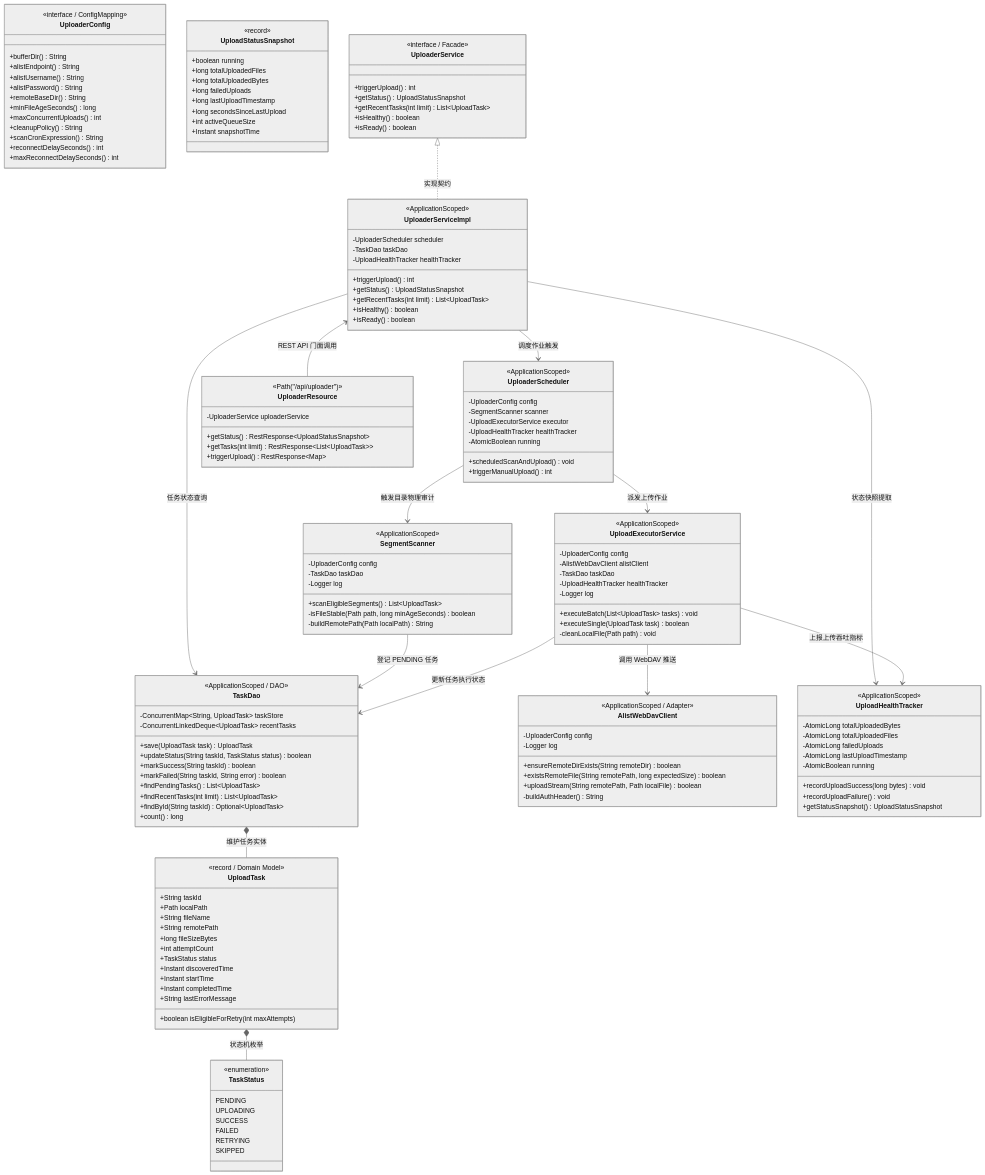
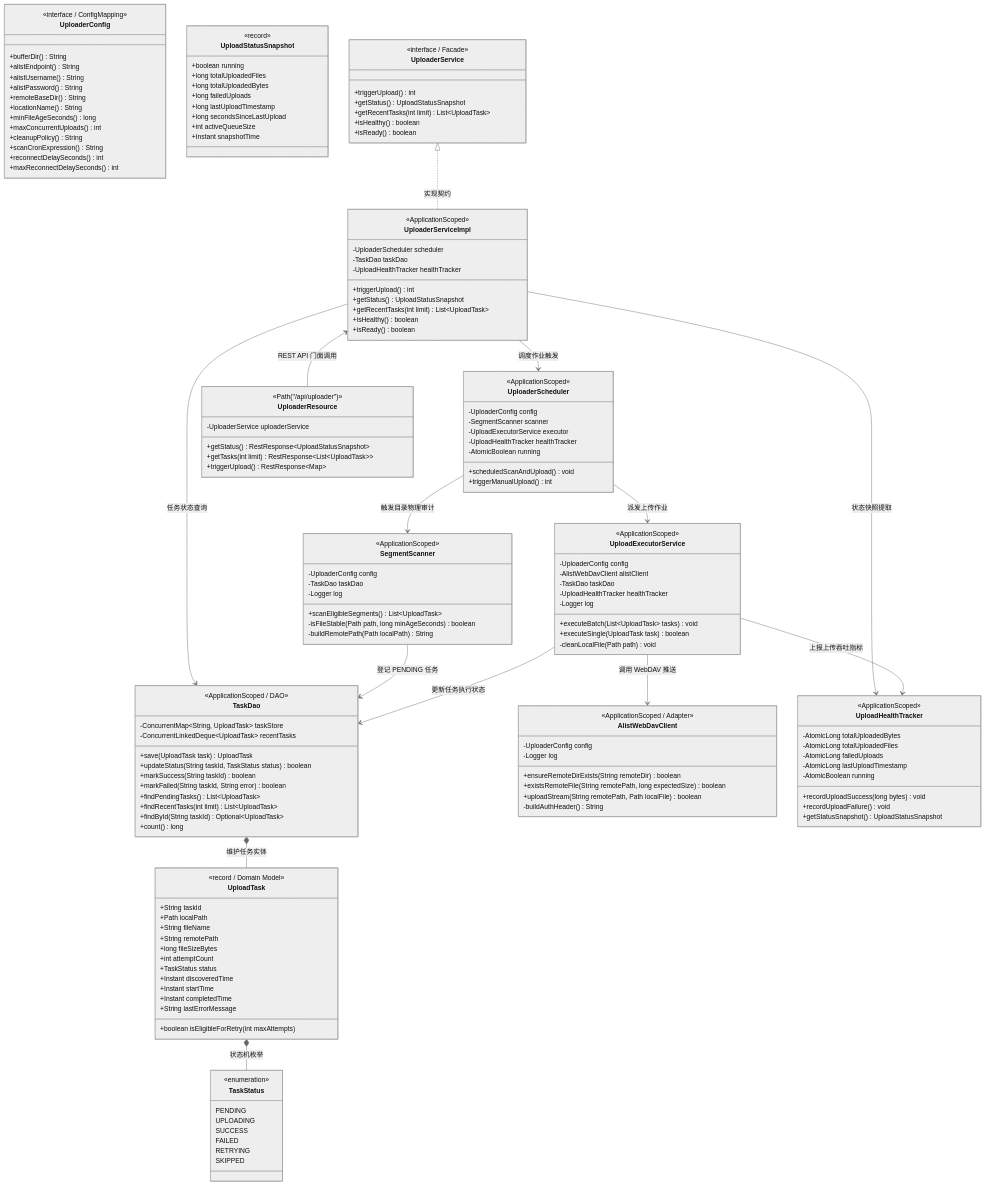
The first of 5 diagrams in docs/UPLOADER_CLASS_DESIGN.md (nvd11/cctv-collector), drawn with Mermaid (neutral theme) before and after one commit. The commit also changed other lines of this file, not shown here.

Commit message:
docs: add multi-camera location hierarchy support to cctv-uploader design

```diff
--- a/docs/UPLOADER_CLASS_DESIGN.md
+++ b/docs/UPLOADER_CLASS_DESIGN.md
@@ -38,6 +38,7 @@
         +alistUsername() String
         +alistPassword() String
         +remoteBaseDir() String
+        +locationName() String
         +minFileAgeSeconds() long
         +maxConcurrentUploads() int
         +cleanupPolicy() String
```
